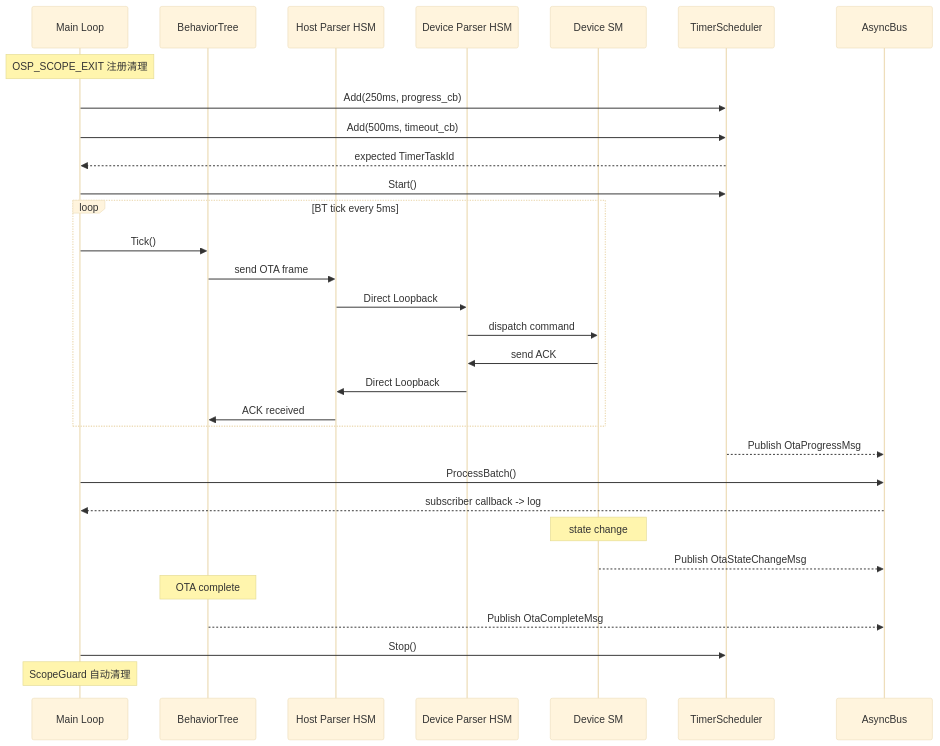
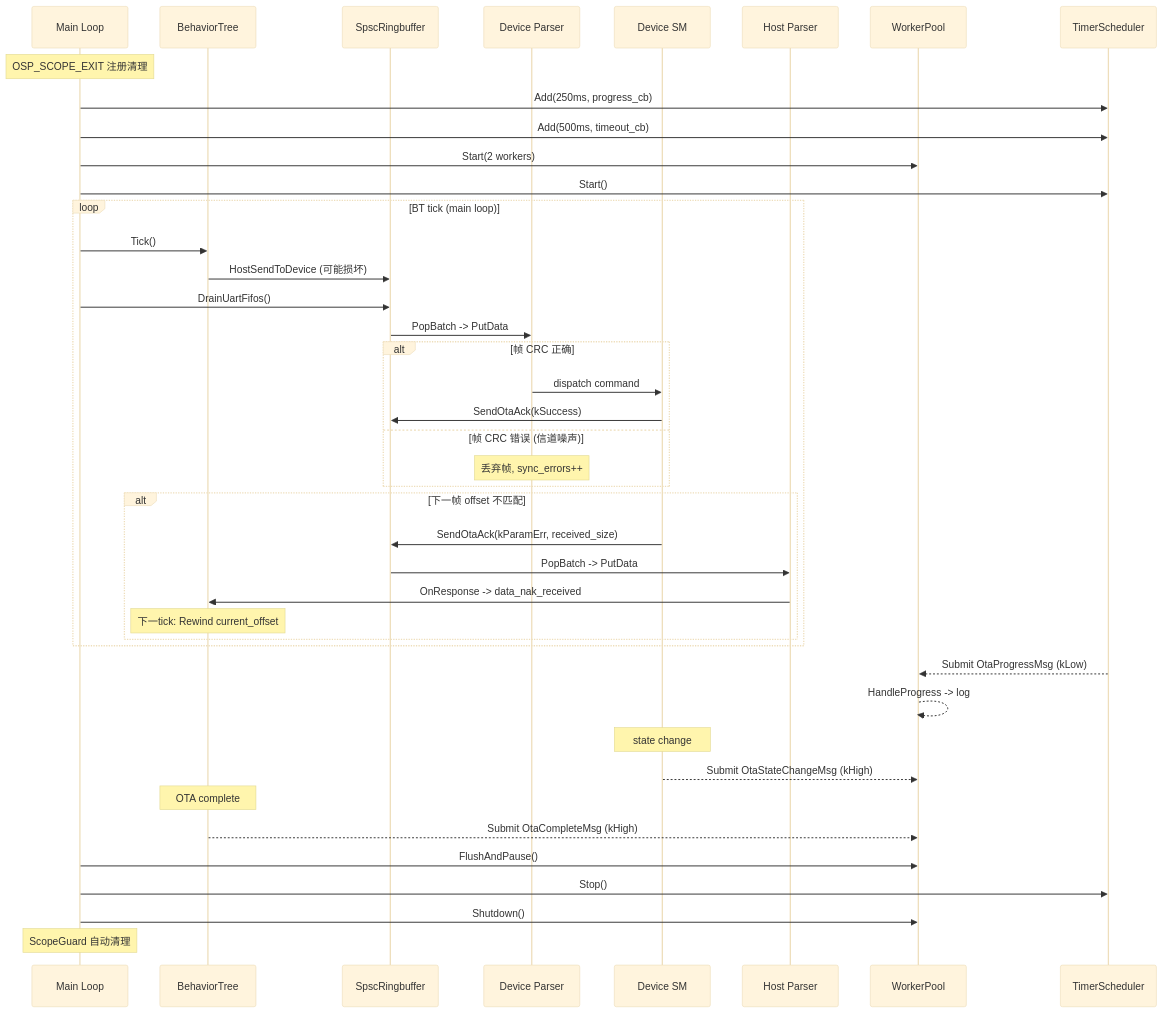
One commit to DeguiLiu/newosp changed the second of 4 diagrams in examples/serial_ota/README.md. Above: the diagram before and after it, drawn with Mermaid (base theme). The commit also changed other lines of this file and 69 other files, not shown here.

First line of the commit message:
feat: ThreadWatchdog + RealtimeExecutor fix + WorkerPool FlushAndPause timeout

````diff
--- a/examples/serial_ota/README.md
+++ b/examples/serial_ota/README.md
@@ -63,39 +78,50 @@
 ```mermaid
 sequenceDiagram
     participant ML as Main Loop
     participant BT as BehaviorTree
-    participant HP as Host Parser HSM
-    participant DP as Device Parser HSM
+    participant FIFO as SpscRingbuffer
+    participant DP as Device Parser
     participant SM as Device SM
+    participant HP as Host Parser
+    participant WP as WorkerPool
     participant TM as TimerScheduler
-    participant BUS as AsyncBus
 
     Note over ML: OSP_SCOPE_EXIT 注册清理
 
     ML->>TM: Add(250ms, progress_cb)
     ML->>TM: Add(500ms, timeout_cb)
-    TM-->>ML: expected TimerTaskId
+    ML->>WP: Start(2 workers)
     ML->>TM: Start()
 
-    loop BT tick every 5ms
+    loop BT tick (main loop)
         ML->>BT: Tick()
-        BT->>HP: send OTA frame
-        HP->>DP: Direct Loopback
-        DP->>SM: dispatch command
-        SM->>DP: send ACK
-        DP->>HP: Direct Loopback
-        HP->>BT: ACK received
+        BT->>FIFO: HostSendToDevice (可能损坏)
+        ML->>FIFO: DrainUartFifos()
+        FIFO->>DP: PopBatch -> PutData
+        alt 帧 CRC 正确
+            DP->>SM: dispatch command
+            SM->>FIFO: SendOtaAck(kSuccess)
+        else 帧 CRC 错误 (信道噪声)
+            Note over DP: 丢弃帧, sync_errors++
+        end
+        alt 下一帧 offset 不匹配
+            SM->>FIFO: SendOtaAck(kParamErr, received_size)
+            FIFO->>HP: PopBatch -> PutData
+            HP->>BT: OnResponse -> data_nak_received
+            Note over BT: 下一tick: Rewind current_offset
+        end
     end
 
-    TM-->>BUS: Publish OtaProgressMsg
-    ML->>BUS: ProcessBatch()
-    BUS-->>ML: subscriber callback -> log
+    TM-->>WP: Submit OtaProgressMsg (kLow)
+    WP-->>WP: HandleProgress -> log
 
     Note over SM: state change
-    SM-->>BUS: Publish OtaStateChangeMsg
+    SM-->>WP: Submit OtaStateChangeMsg (kHigh)
 
     Note over BT: OTA complete
-    BT-->>BUS: Publish OtaCompleteMsg
+    BT-->>WP: Submit OtaCompleteMsg (kHigh)
+    ML->>WP: FlushAndPause()
     ML->>TM: Stop()
+    ML->>WP: Shutdown()
     Note over ML: ScopeGuard 自动清理
 ```
````
